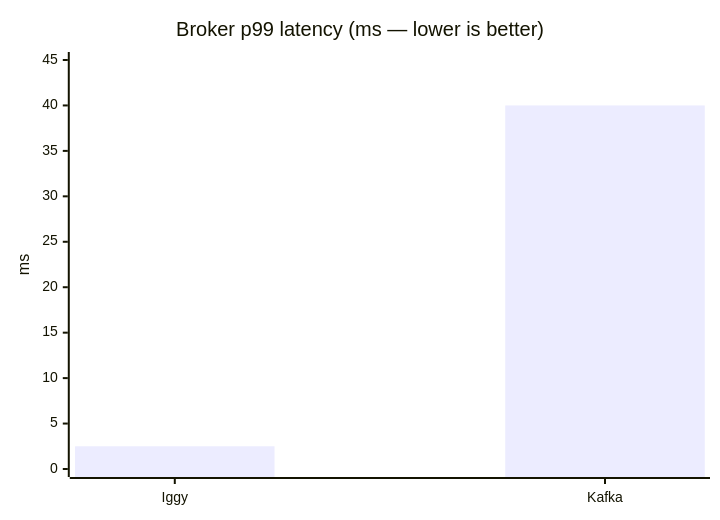
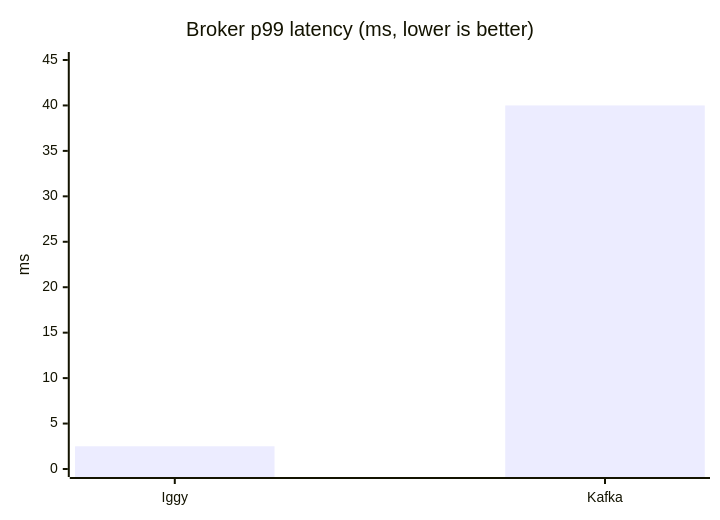
One commit to velodb/velodb-demos changed the third of 4 diagrams in iggy/bench/README.md. Above: the diagram before and after it, drawn with Mermaid. The commit also changed other lines of this file and 9 other files, not shown here.

````diff
--- a/iggy/bench/README.md
+++ b/iggy/bench/README.md
@@ -176,7 +183,7 @@
 ```mermaid
 xychart-beta
-    title "Broker p99 latency (ms — lower is better)"
+    title "Broker p99 latency (ms, lower is better)"
     x-axis ["Iggy", "Kafka"]
     y-axis "ms" 0 --> 45
     bar [2.5, 40]
 ```
````
